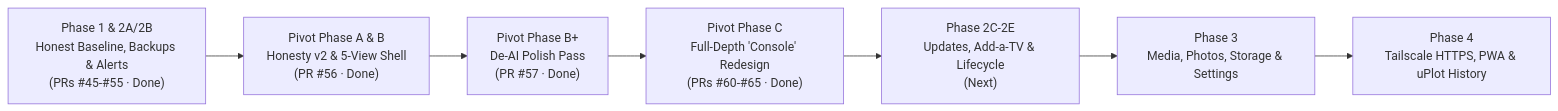
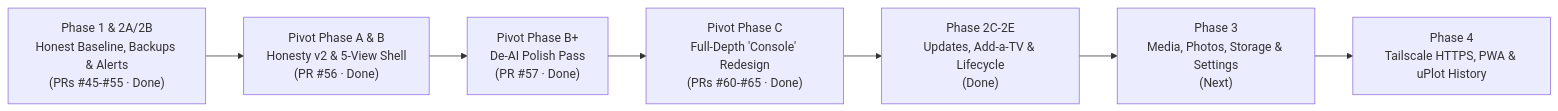
Before and after one commit to RAM-MAHESHWARI24/homelab-blueprint: the diagram in Control Hub Improvement Plan.md, drawn with Mermaid. The commit also changed other lines of this file and 5 other files, not shown here.

````diff
--- a/Control Hub Improvement Plan.md
+++ b/Control Hub Improvement Plan.md
@@ -18,9 +18,9 @@
 ```mermaid
 flowchart LR
     P1["Phase 1 & 2A/2B<br/>Honest Baseline, Backups & Alerts<br/>(PRs #45-#55 · Done)"] --> PA["Pivot Phase A & B<br/>Honesty v2 & 5-View Shell<br/>(PR #56 · Done)"]
     PA --> PB["Pivot Phase B+<br/>De-AI Polish Pass<br/>(PR #57 · Done)"]
     PB --> PC["Pivot Phase C<br/>Full-Depth 'Console' Redesign<br/>(PRs #60-#65 · Done)"]
-    PC --> P2["Phase 2C-2E<br/>Updates, Add-a-TV & Lifecycle<br/>(Next)"]
-    P2 --> P3["Phase 3<br/>Media, Photos, Storage & Settings"]
+    PC --> P2["Phase 2C-2E<br/>Updates, Add-a-TV & Lifecycle<br/>(Done)"]
+    P2 --> P3["Phase 3<br/>Media, Photos, Storage & Settings<br/>(Next)"]
     P3 --> P4["Phase 4<br/>Tailscale HTTPS, PWA & uPlot History"]
 ```
````
